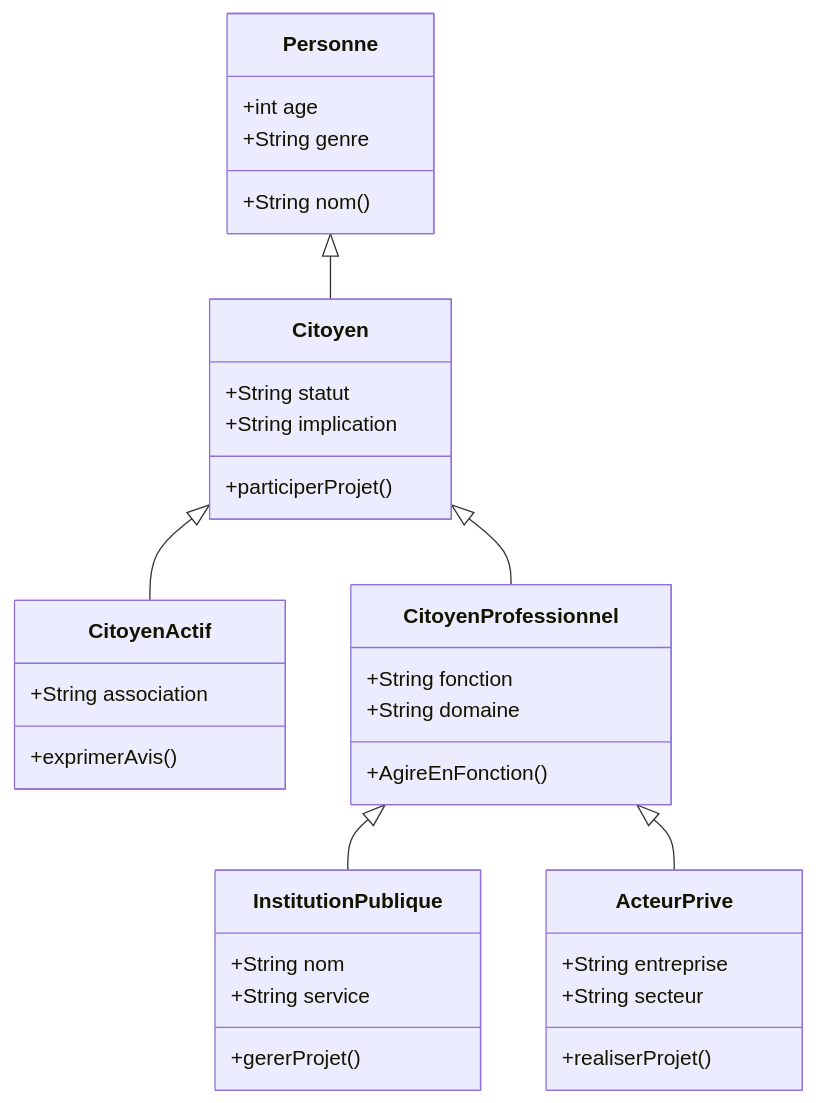
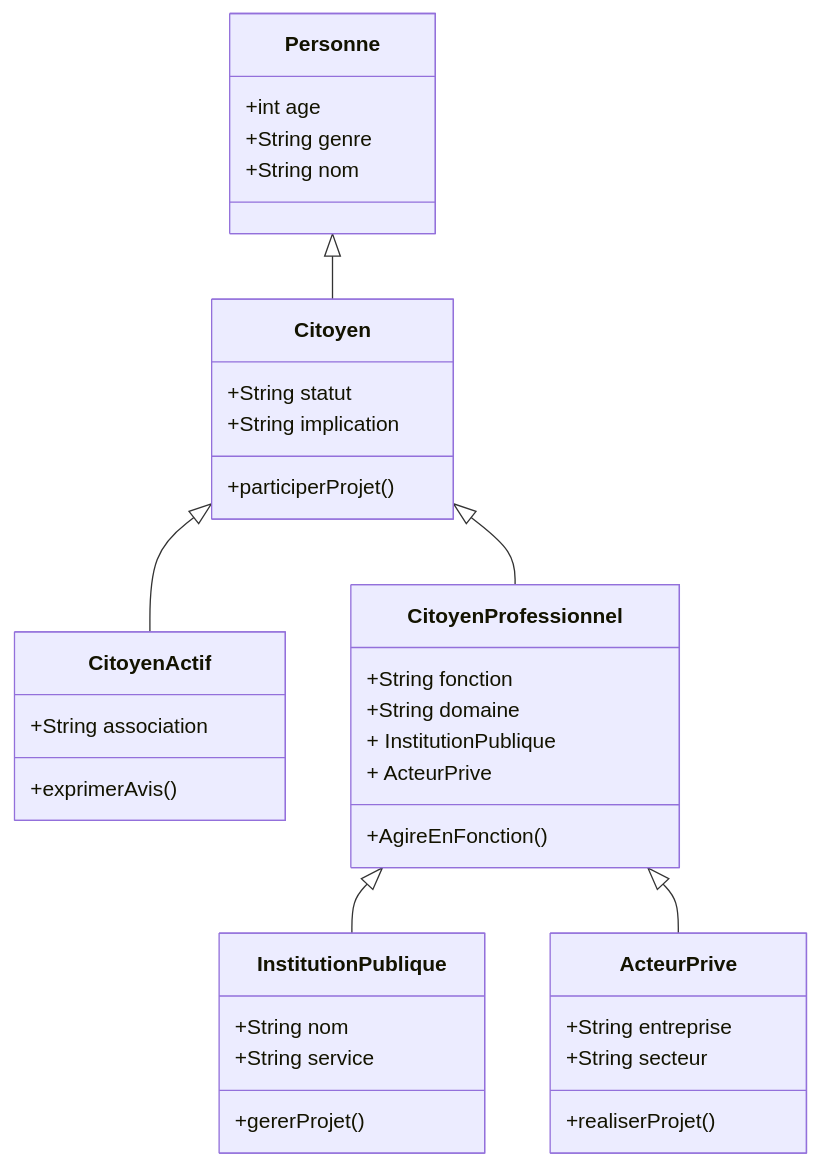
One commit to kahiarchi/plaine---saint--Denis---batiment- changed the diagram in acteurskahiarchi.md. Above: the diagram before and after it, drawn with Mermaid.

````diff
--- a/acteurskahiarchi.md
+++ b/acteurskahiarchi.md
@@ -1,40 +1,42 @@
 ```mermaid
 classDiagram
     Personne <|-- Citoyen
     Citoyen <|-- CitoyenActif
     Citoyen <|-- CitoyenProfessionnel
 
     CitoyenProfessionnel <|-- InstitutionPublique
     CitoyenProfessionnel <|-- ActeurPrive
 
   class Personne {
      +int age
      +String genre
-     +String nom ()
+     +String nom
     }
   class Citoyen {
      +String statut 
      +String implication
      +participerProjet()
     }
   class CitoyenActif{
           +String association
           +exprimerAvis()
           }
     class CitoyenProfessionnel{
       +String fonction
       +String domaine
+      + InstitutionPublique
+      + ActeurPrive
       +AgireEnFonction()
      }
    class InstitutionPublique{
       +String nom
       +String service
       +gererProjet()
      }
    class ActeurPrive{
       +String entreprise
       +String secteur
       +realiserProjet()
      }
   
 ```
````
